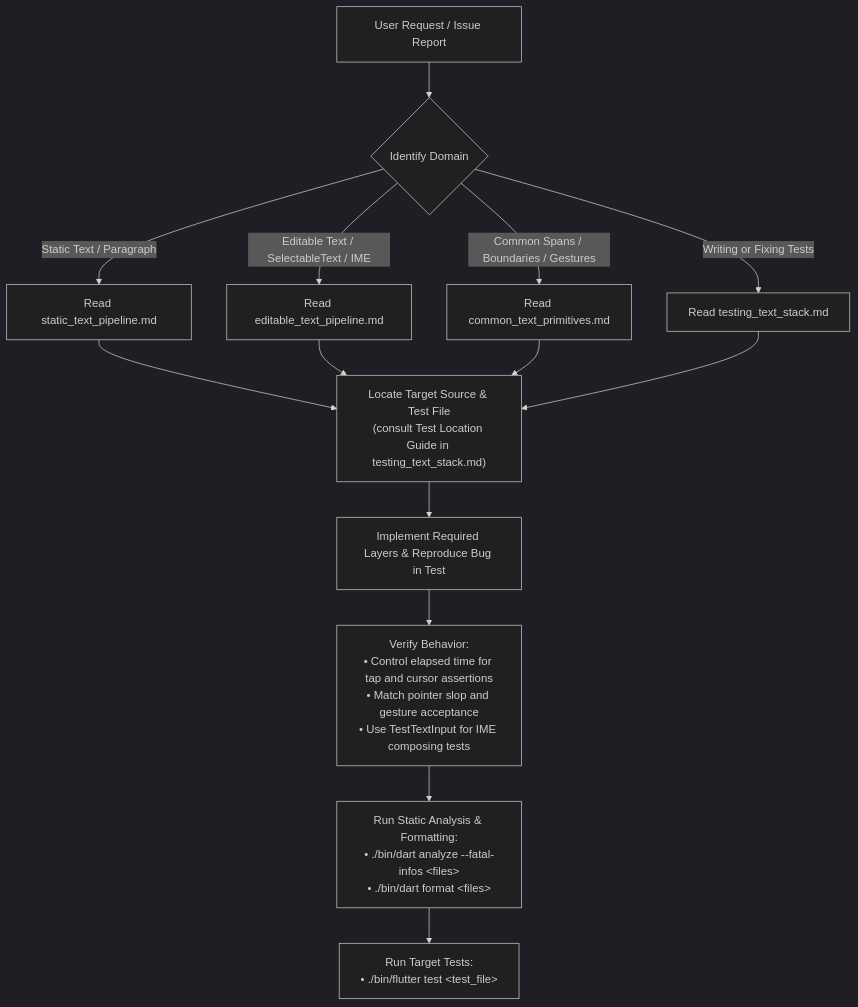
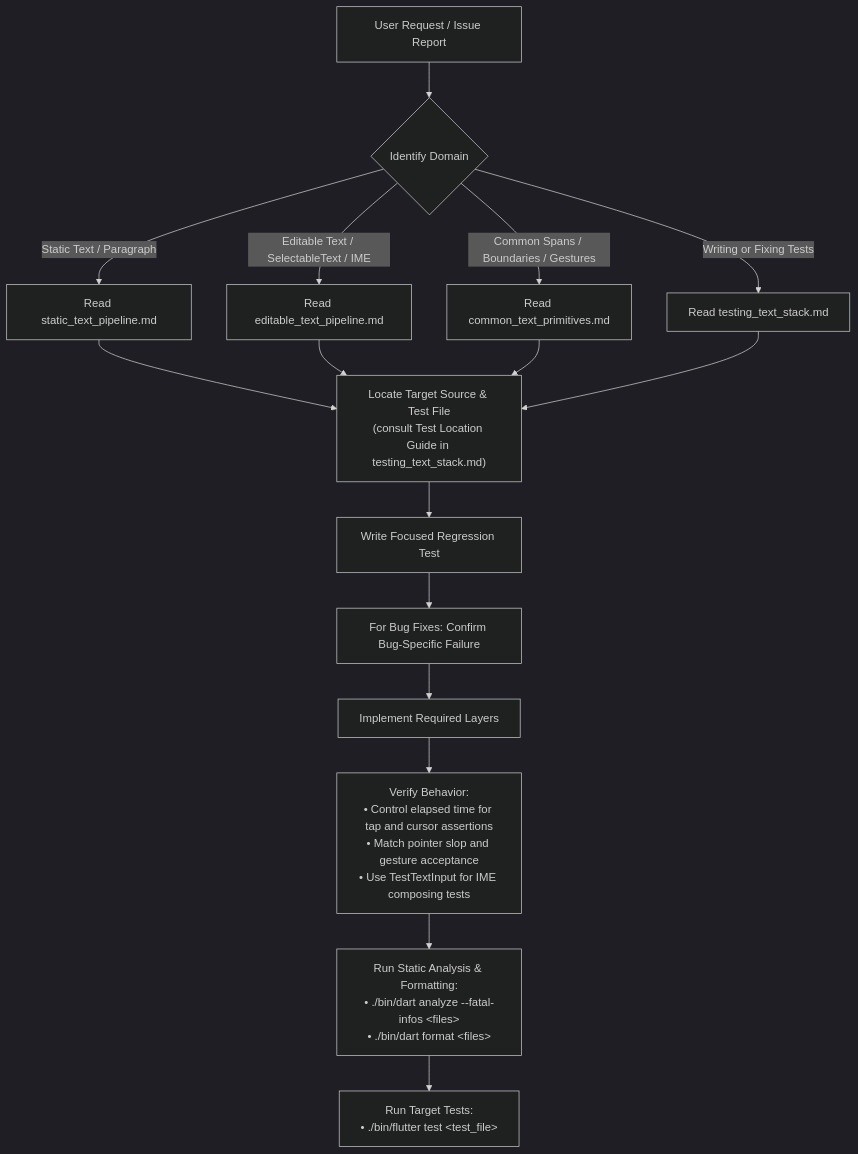
One commit to Renzo-Olivares/flutter changed the diagram in .agents/skills/flutter-text-domain-expert/SKILL.md. Above: the diagram before and after it, drawn with Mermaid (dark theme). The commit also changed other lines of this file and 11 other files, not shown here.

````diff
--- a/.agents/skills/flutter-text-domain-expert/SKILL.md
+++ b/.agents/skills/flutter-text-domain-expert/SKILL.md
@@ -90,18 +100,20 @@
 ```mermaid
 flowchart TD
     A["User Request / Issue Report"] --> B{"Identify Domain"}
     B -->|"Static Text / Paragraph"| C["Read static_text_pipeline.md"]
     B -->|"Editable Text / SelectableText / IME"| D["Read editable_text_pipeline.md"]
     B -->|"Common Spans / Boundaries / Gestures"| E["Read common_text_primitives.md"]
     B -->|"Writing or Fixing Tests"| F["Read testing_text_stack.md"]
 
     C --> G["Locate Target Source & Test File<br/>(consult Test Location Guide in testing_text_stack.md)"]
     D --> G
     E --> G
     F --> G
 
-    G --> H["Implement Required Layers & Reproduce Bug in Test"]
-    H --> I["Verify Behavior:<br/>• Control elapsed time for tap and cursor assertions<br/>• Match pointer slop and gesture acceptance<br/>• Use TestTextInput for IME composing tests"]
+    G --> H["Write Focused Regression Test"]
+    H --> R["For Bug Fixes: Confirm Bug-Specific Failure"]
+    R --> M["Implement Required Layers"]
+    M --> I["Verify Behavior:<br/>• Control elapsed time for tap and cursor assertions<br/>• Match pointer slop and gesture acceptance<br/>• Use TestTextInput for IME composing tests"]
     I --> J["Run Static Analysis & Formatting:<br/>• ./bin/dart analyze --fatal-infos &lt;files&gt;<br/>• ./bin/dart format &lt;files&gt;"]
     J --> K["Run Target Tests:<br/>• ./bin/flutter test &lt;test_file&gt;"]
 ```
````
